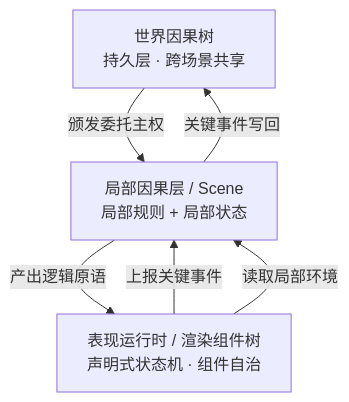
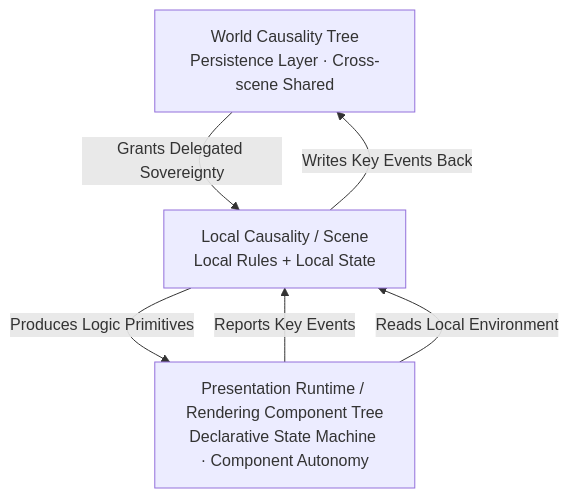
Before and after one commit to shixiangxi0/Cobweb: the diagram in README.md, drawn with Mermaid. The commit also changed other lines of this file and 7 other files, not shown here.

````diff
--- a/README.md
+++ b/README.md
@@ -106,9 +104,9 @@
 ```mermaid
 graph TD
-    A[世界因果树<br/>持久层 · 跨场景共享]
-    A -->|颁发委托主权| B[局部因果层 / Scene<br/>局部规则 + 局部状态]
-    B -->|关键事件写回| A
-    B -->|产出逻辑原语| C[表现运行时 / 渲染组件树<br/>声明式状态机 · 组件自治]
-    C -->|上报关键事件| B
-    C -->|读取局部环境| B
+    A[World Causality Tree<br/>Persistence Layer · Cross-scene Shared]
+    A -->|Grants Delegated Sovereignty| B[Local Causality / Scene<br/>Local Rules + Local State]
+    B -->|Writes Key Events Back| A
+    B -->|Produces Logic Primitives| C[Presentation Runtime / Rendering Component Tree<br/>Declarative State Machine · Component Autonomy]
+    C -->|Reports Key Events| B
+    C -->|Reads Local Environment| B
 ```
````
